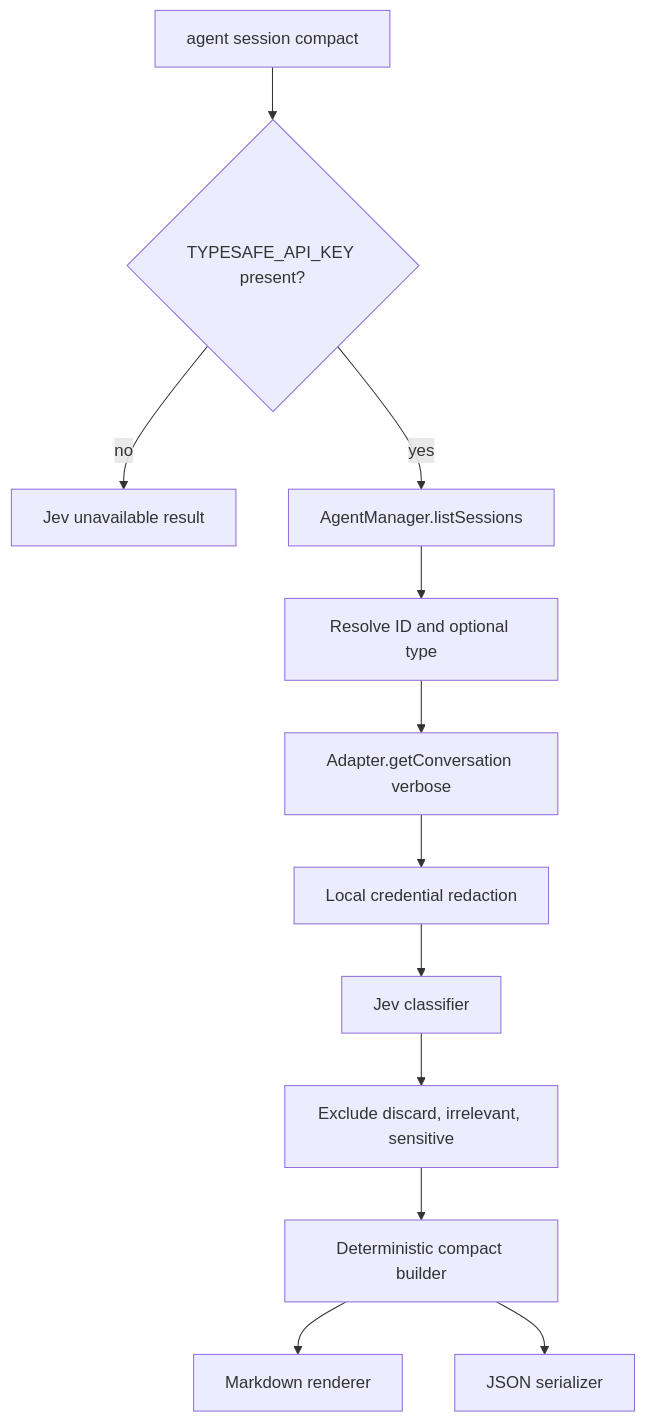
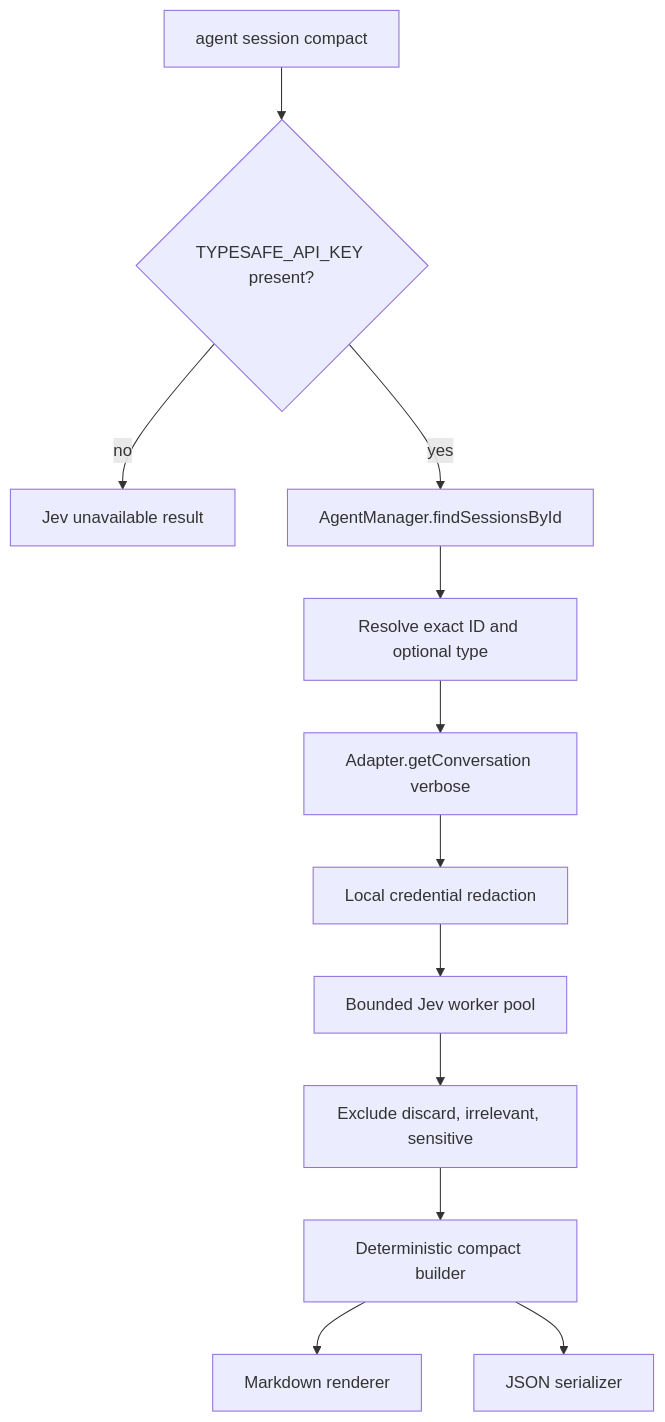
One commit to codeaholicguy/ai-devkit changed the diagram in docs/ai/design/2026-09-22-feature-session-compact-jev.md. Above: the diagram before and after it, drawn with Mermaid. The commit also changed other lines of this file and 31 other files, not shown here.

````diff
--- a/docs/ai/design/2026-09-22-feature-session-compact-jev.md
+++ b/docs/ai/design/2026-09-22-feature-session-compact-jev.md
@@ -13,14 +13,14 @@
 ```mermaid
 flowchart TD
   CLI[agent session compact] --> Gate{TYPESAFE_API_KEY present?}
   Gate -->|no| Unavailable[Jev unavailable result]
-  Gate -->|yes| Sessions[AgentManager.listSessions]
-  Sessions --> Resolve[Resolve ID and optional type]
+  Gate -->|yes| Sessions[AgentManager.findSessionsById]
+  Sessions --> Resolve[Resolve exact ID and optional type]
   Resolve --> Adapter[Adapter.getConversation verbose]
   Adapter --> Redact[Local credential redaction]
-  Redact --> Jev[Jev classifier]
+  Redact --> Jev[Bounded Jev worker pool]
   Jev --> Filter[Exclude discard, irrelevant, sensitive]
   Filter --> Builder[Deterministic compact builder]
   Builder --> Markdown[Markdown renderer]
   Builder --> JSON[JSON serializer]
 ```
````
